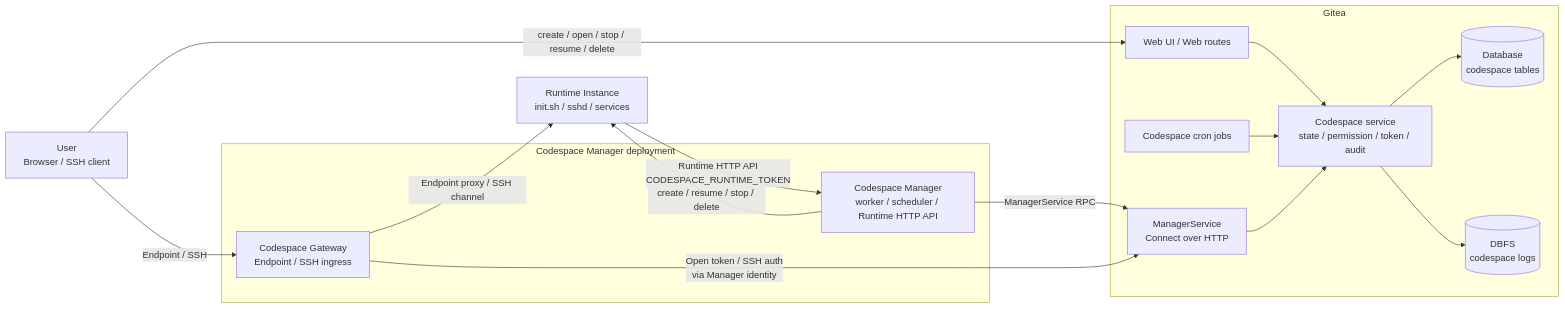
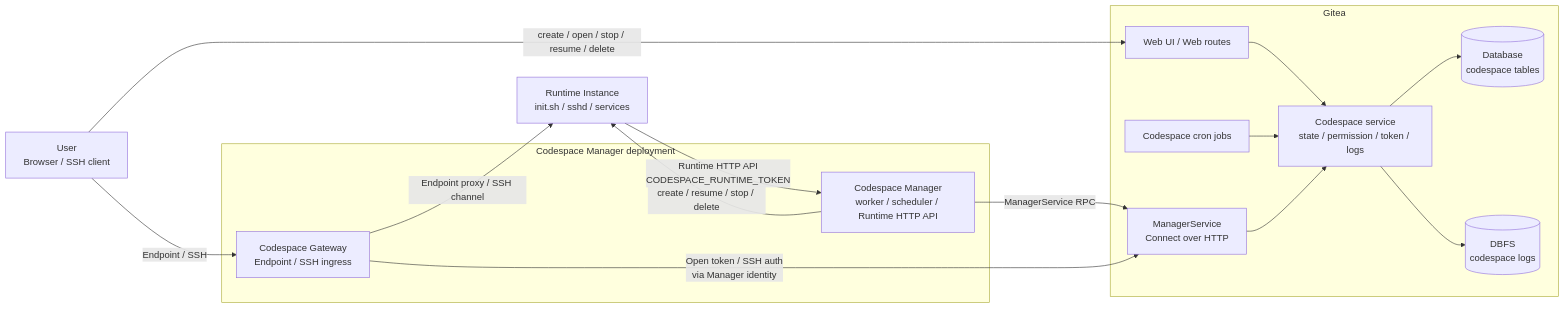
One commit to ExplodingDragon/gitea-dev changed the first of 3 diagrams in README.md. Above: the diagram before and after it, drawn with Mermaid. The commit also changed other lines of this file and 1 other file, not shown here.

Commit message:
docs: finalize codespace design

````diff
--- a/README.md
+++ b/README.md
@@ -44,37 +43,37 @@
 ```mermaid
 flowchart LR
     User["User<br/>Browser / SSH client"]
 
     subgraph Gitea["Gitea"]
         Web["Web UI / Web routes"]
         ManagerRPC["ManagerService<br/>Connect over HTTP"]
-        Service["Codespace service<br/>state / permission / token / audit"]
+        Service["Codespace service<br/>state / permission / token / logs"]
         Cron["Codespace cron jobs"]
         DB[("Database<br/>codespace tables")]
         DBFS[("DBFS<br/>codespace logs")]
     end
 
     subgraph ManagerDeployment["Codespace Manager deployment"]
         Manager["Codespace Manager<br/>worker / scheduler / Runtime HTTP API"]
         Gateway["Codespace Gateway<br/>Endpoint / SSH ingress"]
     end
 
     Runtime["Runtime Instance<br/>init.sh / sshd / services"]
 
     User -->|"create / open / stop / resume / delete"| Web
     User -->|"Endpoint / SSH"| Gateway
 
     Web --> Service
     Service --> DB
     Service --> DBFS
     Cron --> Service
 
     Manager -->|"ManagerService RPC"| ManagerRPC
     ManagerRPC --> Service
 
     Runtime -->|"Runtime HTTP API<br/>CODESPACE_RUNTIME_TOKEN"| Manager
     Manager -->|"create / resume / stop / delete"| Runtime
 
     Gateway -->|"Open token / SSH auth<br/>via Manager identity"| ManagerRPC
     Gateway -->|"Endpoint proxy / SSH channel"| Runtime
 ```
````
